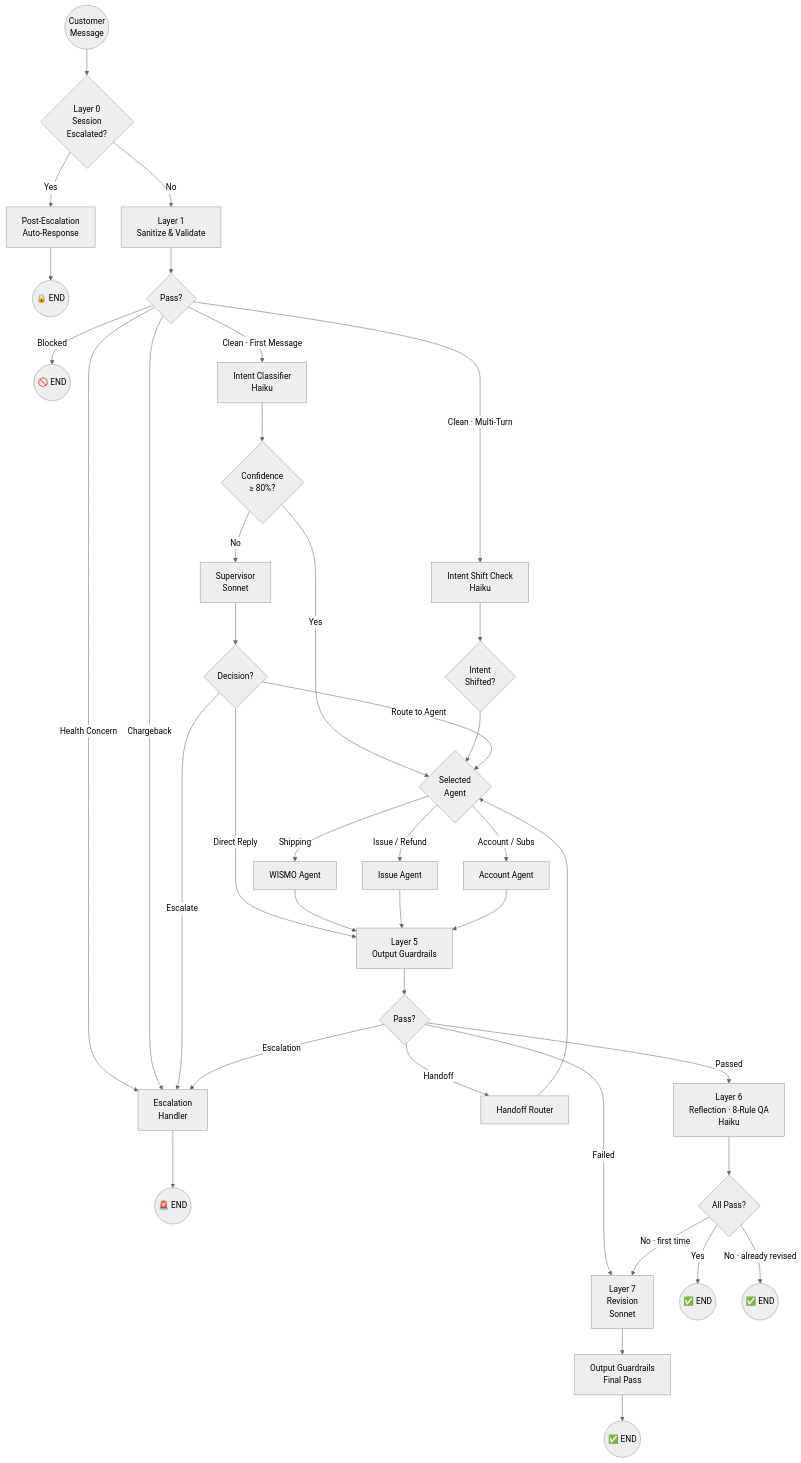
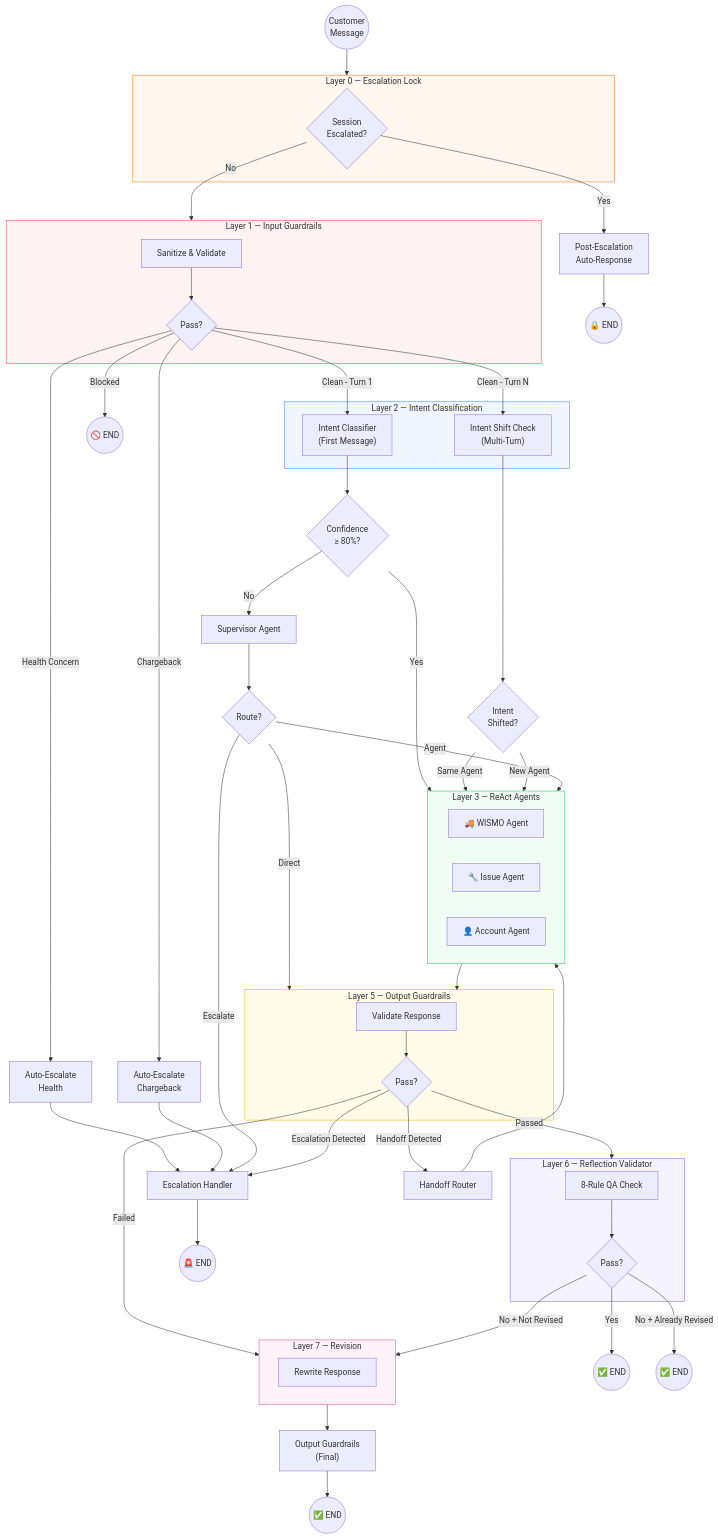
One commit to EminDurmuSS/lookfor-hackathon changed the second of 14 diagrams in README.md. Above: the diagram before and after it, drawn with Mermaid. The commit also changed other lines of this file, not shown here.

````diff
--- a/README.md
+++ b/README.md
@@ -100,60 +107,89 @@
 ```mermaid
-%%{init: {'theme': 'neutral'}}%%
 flowchart TD
-    START(("Customer<br/>Message")) --> L0
+    START((Customer<br/>Message)) --> L0
 
-    L0{"Layer 0<br/>Session<br/>Escalated?"}
+    subgraph L0["Layer 0 — Escalation Lock"]
+        EL{"Session<br/>Escalated?"}
+    end
 
-    L0 -->|Yes| PE["Post-Escalation<br/>Auto-Response"]
-    PE --> END1(("🔒 END"))
+    EL -->|Yes| PE["Post-Escalation<br/>Auto-Response"]
+    PE --> END1((🔒 END))
 
-    L0 -->|No| IG
+    EL -->|No| L1
 
-    IG["Layer 1<br/>Sanitize & Validate"] --> IG_CHECK{"Pass?"}
+    subgraph L1["Layer 1 — Input Guardrails"]
+        IG["Sanitize & Validate"]
+        IG --> IG_CHECK{"Pass?"}
+    end
 
-    IG_CHECK -->|Blocked| END2(("🚫 END"))
-    IG_CHECK -->|Health Concern| ESC_HANDLER
-    IG_CHECK -->|Chargeback| ESC_HANDLER
+    IG_CHECK -->|Blocked| END2((🚫 END))
+    IG_CHECK -->|Health Concern| AEH["Auto-Escalate<br/>Health"]
+    IG_CHECK -->|Chargeback| AEC["Auto-Escalate<br/>Chargeback"]
+    AEH --> ESC_HANDLER["Escalation Handler"]
+    AEC --> ESC_HANDLER
+    ESC_HANDLER --> END3((🚨 END))
 
-    ESC_HANDLER["Escalation<br/>Handler"] --> END3(("🚨 END"))
+    IG_CHECK -->|Clean - Turn 1| L2A
+    IG_CHECK -->|Clean - Turn N| L2B
 
-    IG_CHECK -->|"Clean · First Message"| IC
-    IG_CHECK -->|"Clean · Multi-Turn"| ISC
+    subgraph L2["Layer 2 — Intent Classification"]
+        L2A["Intent Classifier<br/>(First Message)"]
+        L2B["Intent Shift Check<br/>(Multi-Turn)"]
+    end
 
-    IC["Intent Classifier<br/>Haiku"] --> CONF{"Confidence<br/>≥ 80%?"}
-    ISC["Intent Shift Check<br/>Haiku"] --> SHIFT{"Intent<br/>Shifted?"}
+    L2A --> CONF{"Confidence<br/>≥ 80%?"}
+    L2B --> SHIFT{"Intent<br/>Shifted?"}
 
-    CONF -->|Yes| ROUTE
-    CONF -->|No| SUP["Supervisor<br/>Sonnet"]
-    SHIFT --> ROUTE
+    CONF -->|Yes| L3
+    CONF -->|No| SUP["Supervisor Agent"]
+    SHIFT -->|Same Agent| L3
+    SHIFT -->|New Agent| L3
 
-    SUP --> SUP_ROUTE{"Decision?"}
-    SUP_ROUTE -->|Route to Agent| ROUTE
-    SUP_ROUTE -->|Direct Reply| OG
+    SUP --> SUP_ROUTE{"Route?"}
+    SUP_ROUTE -->|Agent| L3
+    SUP_ROUTE -->|Direct| L5
     SUP_ROUTE -->|Escalate| ESC_HANDLER
 
-    ROUTE{"Selected<br/>Agent"} -->|Shipping| WA["WISMO Agent"]
-    ROUTE -->|Issue / Refund| IA["Issue Agent"]
-    ROUTE -->|Account / Subs| AA["Account Agent"]
+    subgraph L3["Layer 3 — ReAct Agents"]
+        WA["🚚 WISMO Agent"]
+        IA["🔧 Issue Agent"]
+        AA["👤 Account Agent"]
+    end
 
-    WA --> OG
-    IA --> OG
-    AA --> OG
+    L3 --> L5
 
-    OG["Layer 5<br/>Output Guardrails"] --> OG_CHECK{"Pass?"}
+    subgraph L5["Layer 5 — Output Guardrails"]
+        OG["Validate Response"]
+        OG --> OG_CHECK{"Pass?"}
+    end
 
-    OG_CHECK -->|Escalation| ESC_HANDLER
-    OG_CHECK -->|Handoff| HO["Handoff Router"]
-    HO --> ROUTE
-    OG_CHECK -->|Failed| REV
-    OG_CHECK -->|Passed| REFLECT
+    OG_CHECK -->|Escalation Detected| ESC_HANDLER
+    OG_CHECK -->|Handoff Detected| HANDOFF["Handoff Router"]
+    HANDOFF --> L3
+    OG_CHECK -->|Failed| L7
+    OG_CHECK -->|Passed| L6
 
-    REFLECT["Layer 6<br/>Reflection · 8-Rule QA<br/>Haiku"] --> RV_CHECK{"All Pass?"}
+    subgraph L6["Layer 6 — Reflection Validator"]
+        RV["8-Rule QA Check"]
+        RV --> RV_CHECK{"Pass?"}
+    end
 
-    RV_CHECK -->|Yes| END4(("✅ END"))
-    RV_CHECK -->|"No · first time"| REV
-    RV_CHECK -->|"No · already revised"| END5(("✅ END"))
+    RV_CHECK -->|Yes| END4((✅ END))
+    RV_CHECK -->|No + Not Revised| L7
+    RV_CHECK -->|No + Already Revised| END5((✅ END))
 
-    REV["Layer 7<br/>Revision<br/>Sonnet"] --> OG_FINAL["Output Guardrails<br/>Final Pass"]
-    OG_FINAL --> END6(("✅ END"))
+    subgraph L7["Layer 7 — Revision"]
+        REV["Rewrite Response"]
+    end
+
+    L7 --> OGF["Output Guardrails<br/>(Final)"]
+    OGF --> END6((✅ END))
+
+    style L0 fill:#fff7ed,stroke:#f97316
+    style L1 fill:#fef2f2,stroke:#ef4444
+    style L2 fill:#eff6ff,stroke:#3b82f6
+    style L3 fill:#f0fdf4,stroke:#22c55e
+    style L5 fill:#fefce8,stroke:#eab308
+    style L6 fill:#f5f3ff,stroke:#8b5cf6
+    style L7 fill:#fdf2f8,stroke:#ec4899
 ```
````
